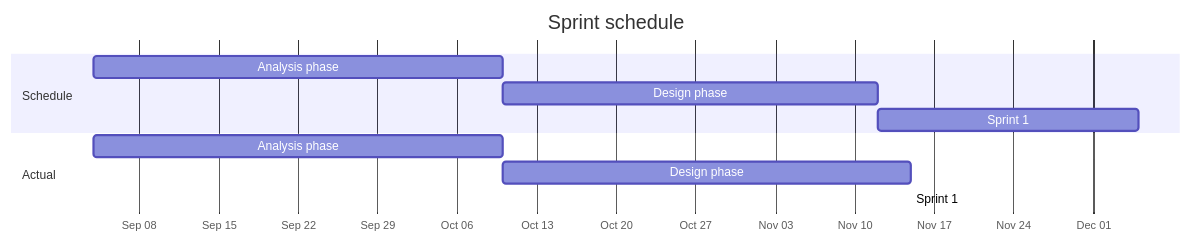
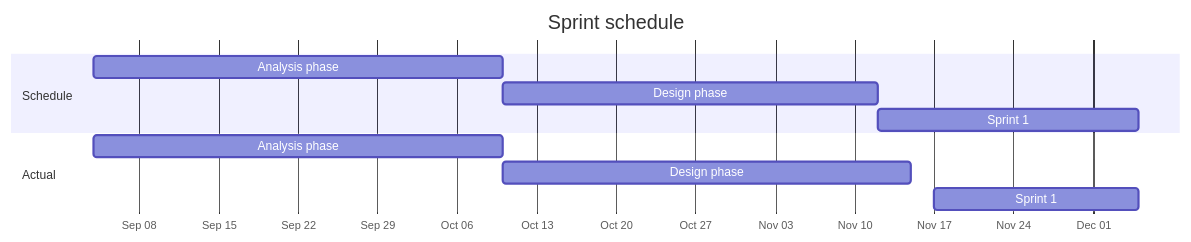
The seventh of 8 diagrams in docs/readme.md (RandomSearch18/a-level-project), drawn with Mermaid before and after one commit. The commit also changed other lines of this file, not shown here.

Commit message:
Update sprint schedule

````diff
--- a/docs/readme.md
+++ b/docs/readme.md
@@ -1370,15 +1371,15 @@
 ```mermaid
 gantt
   title Sprint schedule
   dateFormat YYYY-MM-DD
   axisFormat %b %d
   tickInterval 1week
   section Schedule
     Analysis phase: 2024-09-04, 2024-10-10
     Design phase: 2024-10-10, 2024-11-12
     Sprint 1: 2024-11-12, 2024-12-05
   section Actual
     Analysis phase: 2024-09-04, 2024-10-10
     Design phase: 2024-10-10, 2024-11-15
-    Sprint 1: 2024-11-15
+    Sprint 1: 2024-11-17, 2024-12-05
 ```
````
